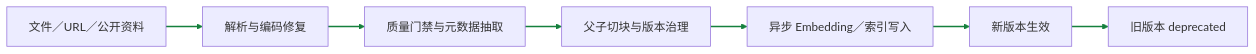
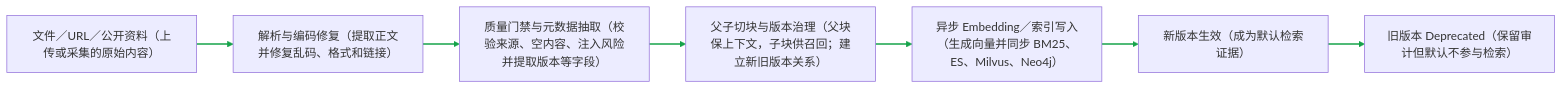
One commit to monstereatai/RAG changed diagram 13 of 37 in docs/interview/功能步骤流程.md. Above: the diagram before and after it, drawn with Mermaid. The commit also changed other lines of this file and 21 other files, not shown here.

````diff
--- a/docs/interview/功能步骤流程.md
+++ b/docs/interview/功能步骤流程.md
@@ -1361,10 +1630,10 @@
 ```mermaid
 flowchart LR
-A[文件／URL／公开资料] --> B[解析与编码修复]
-  B --> C[质量门禁与元数据抽取]
-  C --> D[父子切块与版本治理]
-  D --> E[异步 Embedding／索引写入]
-  E --> F[新版本生效]
-  F --> G[旧版本 deprecated]
-  linkStyle 0,1,2,3,4,5 stroke:#15803d,stroke-width:2px
+ A[文件／URL／公开资料（上传或采集的原始内容）] --> B[解析与编码修复（提取正文并修复乱码、格式和链接）]
+  B --> C[质量门禁与元数据抽取（校验来源、空内容、注入风险并提取版本等字段）]
+  C --> D[父子切块与版本治理（父块保上下文，子块供召回；建立新旧版本关系）]
+  D --> E[异步 Embedding／索引写入（生成向量并同步 BM25、ES、Milvus、Neo4j）]
+  E --> F[新版本生效（成为默认检索证据）]
+  F --> G[旧版本 Deprecated（保留审计但默认不参与检索）]
+  linkStyle 0,1,2,3,4,5 stroke:#16a34a,stroke-width:2px
 ```
````
